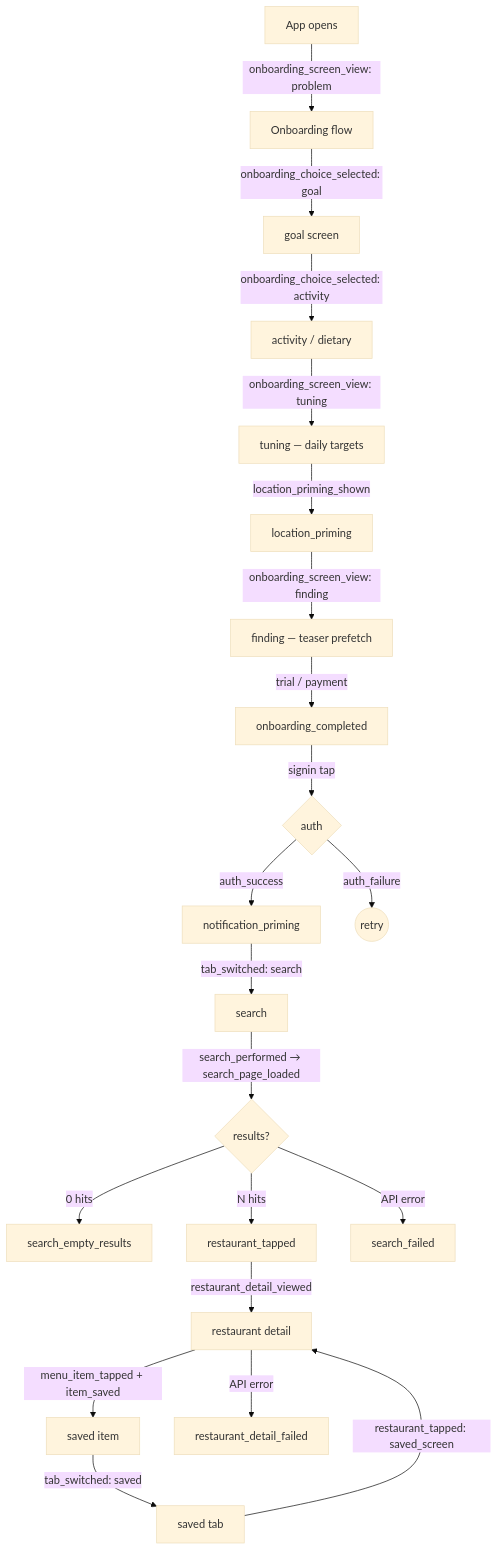
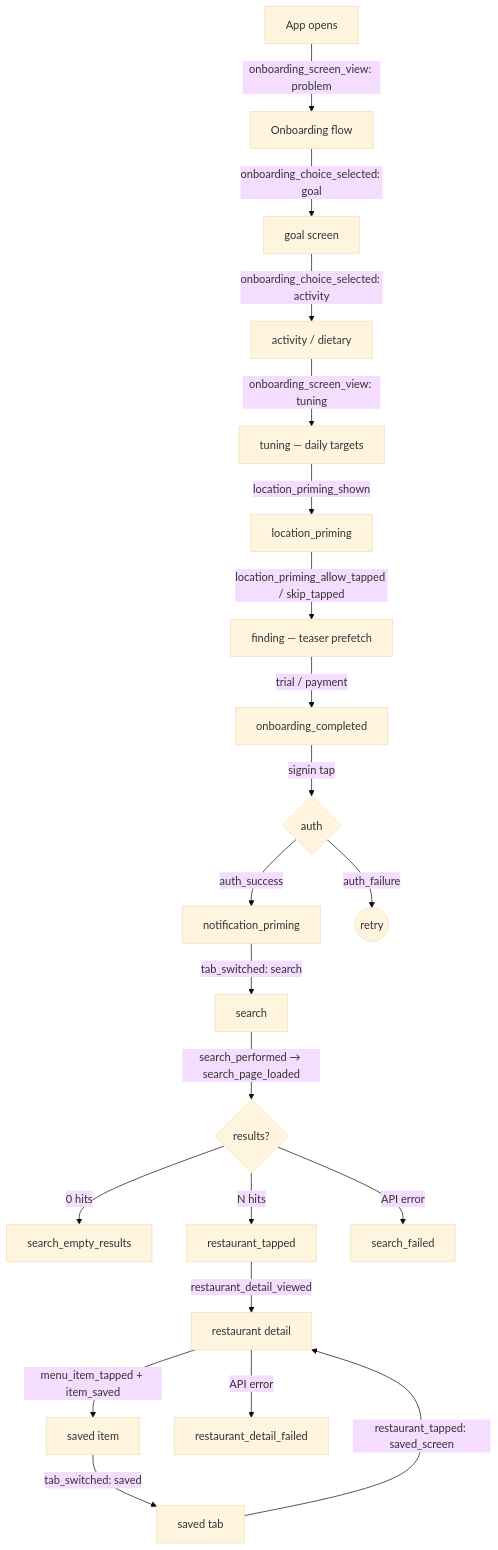
One commit to dgmolla/fitsy changed the diagram in docs/engineering/frontend/analytics-events.md. Above: the diagram before and after it, drawn with Mermaid (base theme). The commit also changed 2 other files, not shown here.

Commit message:
fix(onboarding): address review on PR #178 — coord-fetch timeout, locationCache tests, funnel-diagram edge label
Round-1 review feedback (frontend reviewer):

1. Hardening: Location.getCurrentPositionAsync had no timeout in the
   priming-screen grant path. Cold install / simulator / slow GPS could
   leave the user stuck on "Asking…" with the button disabled and no
   escape. Added the 3s Promise.race pattern that lib/useLocation.ts:164
   uses, treating null as "no fix" — cache stays empty, teaser falls back
   to Silver Lake (same outcome as the Maybe-later path).

2. Tests: lib/locationCache.test.ts covers round-trip set/get, memory
   cache hit before SecureStore, getItemAsync rejection, malformed JSON,
   non-numeric lat/lng, missing key, and setItemAsync failure resilience
   (7 cases, all green; full mobile suite now 120/120).

3. Doc nit: analytics-events.md funnel edge label between location_priming
   and finding said `onboarding_screen_view: finding` (the next mount),
   not the events that actually fire at the transition. Relabeled to
   `location_priming_allow_tapped / skip_tapped`.

````diff
--- a/docs/engineering/frontend/analytics-events.md
+++ b/docs/engineering/frontend/analytics-events.md
@@ -23,23 +23,23 @@
 ```mermaid
 flowchart TD
     A[App opens] -->|onboarding_screen_view: problem| B[Onboarding flow]
     B -->|onboarding_choice_selected: goal| C[goal screen]
     C -->|onboarding_choice_selected: activity| D[activity / dietary]
     D -->|onboarding_screen_view: tuning| Tu[tuning — daily targets]
     Tu -->|location_priming_shown| G[location_priming]
-    G -->|onboarding_screen_view: finding| Fi[finding — teaser prefetch]
+    G -->|location_priming_allow_tapped / skip_tapped| Fi[finding — teaser prefetch]
     Fi -->|trial / payment| E[onboarding_completed]
     E -->|signin tap| F{auth}
     F -->|auth_success| H[notification_priming]
     F -->|auth_failure| Fexit((retry))
     H -->|tab_switched: search| I[search]
     I -->|search_performed → search_page_loaded| J{results?}
     J -->|0 hits| Jx[search_empty_results]
     J -->|N hits| K[restaurant_tapped]
     J -->|API error| Jy[search_failed]
     K -->|restaurant_detail_viewed| L[restaurant detail]
     L -->|menu_item_tapped + item_saved| M[saved item]
     L -->|API error| Lx[restaurant_detail_failed]
     M -->|tab_switched: saved| N[saved tab]
     N -->|restaurant_tapped: saved_screen| L
 ```
````
